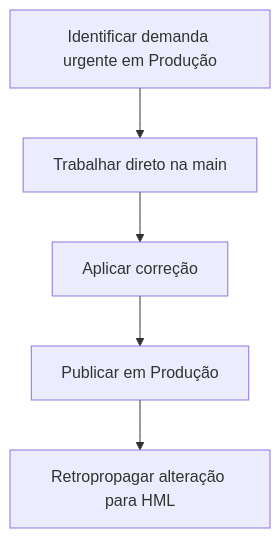
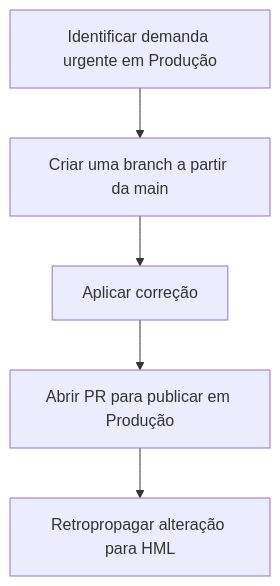
Before and after one commit to arthurmassimetti/LicaoDeCasa: the second of 2 diagrams in Versionamento-GITHUB-Inovare/versionamento.md, drawn with Mermaid. The commit also changed other lines of this file, not shown here.

````diff
--- a/Versionamento-GITHUB-Inovare/versionamento.md
+++ b/Versionamento-GITHUB-Inovare/versionamento.md
@@ -42,7 +49,7 @@
 ```mermaid
 graph TD
-    A[Identificar demanda urgente em Produção] --> B[Trabalhar direto na main]
+    A[Identificar demanda urgente em Produção] --> B[Criar uma branch a partir da main]
     B --> C[Aplicar correção]
-    C --> D[Publicar em Produção]
+    C --> D[Abrir PR para publicar em Produção]
     D --> E[Retropropagar alteração para HML]
 ```
````
